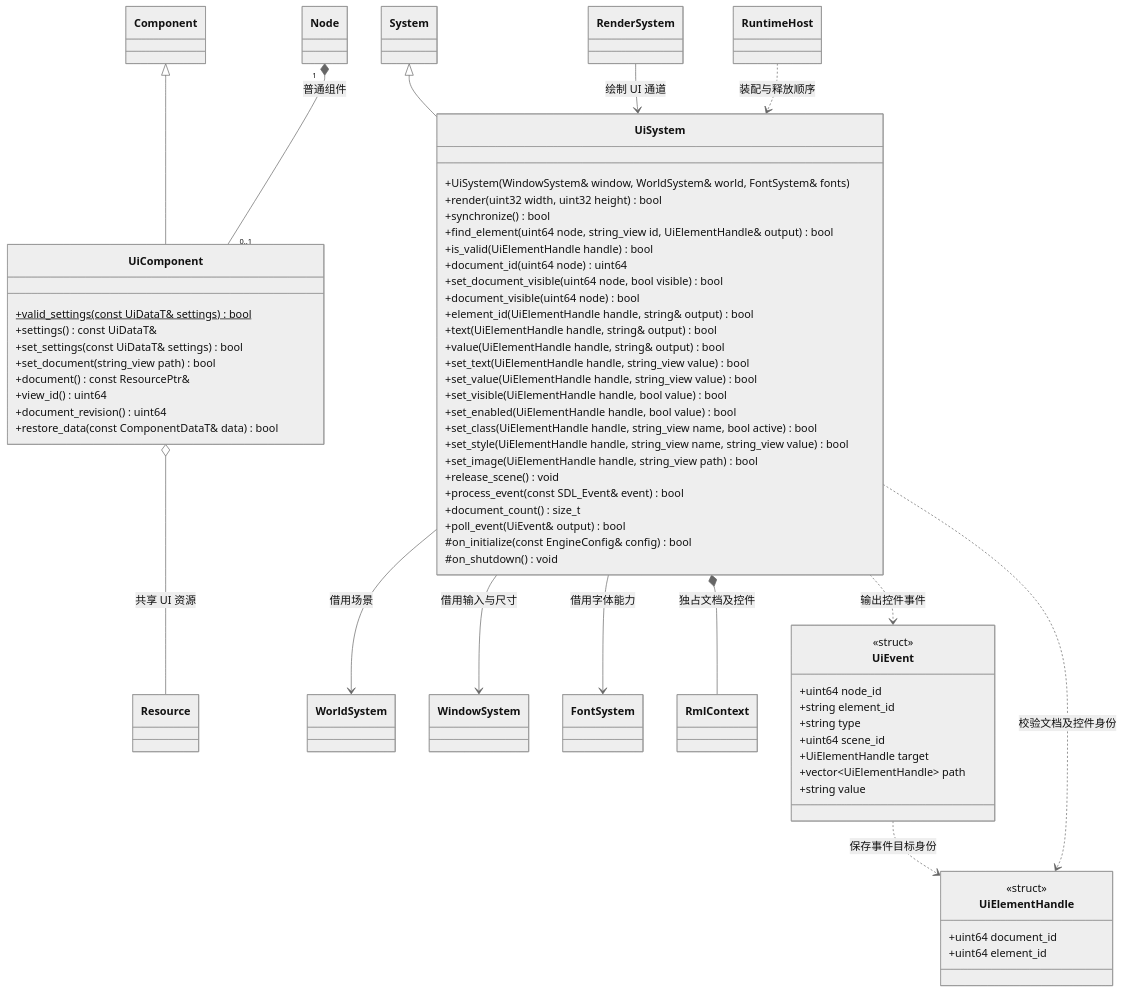
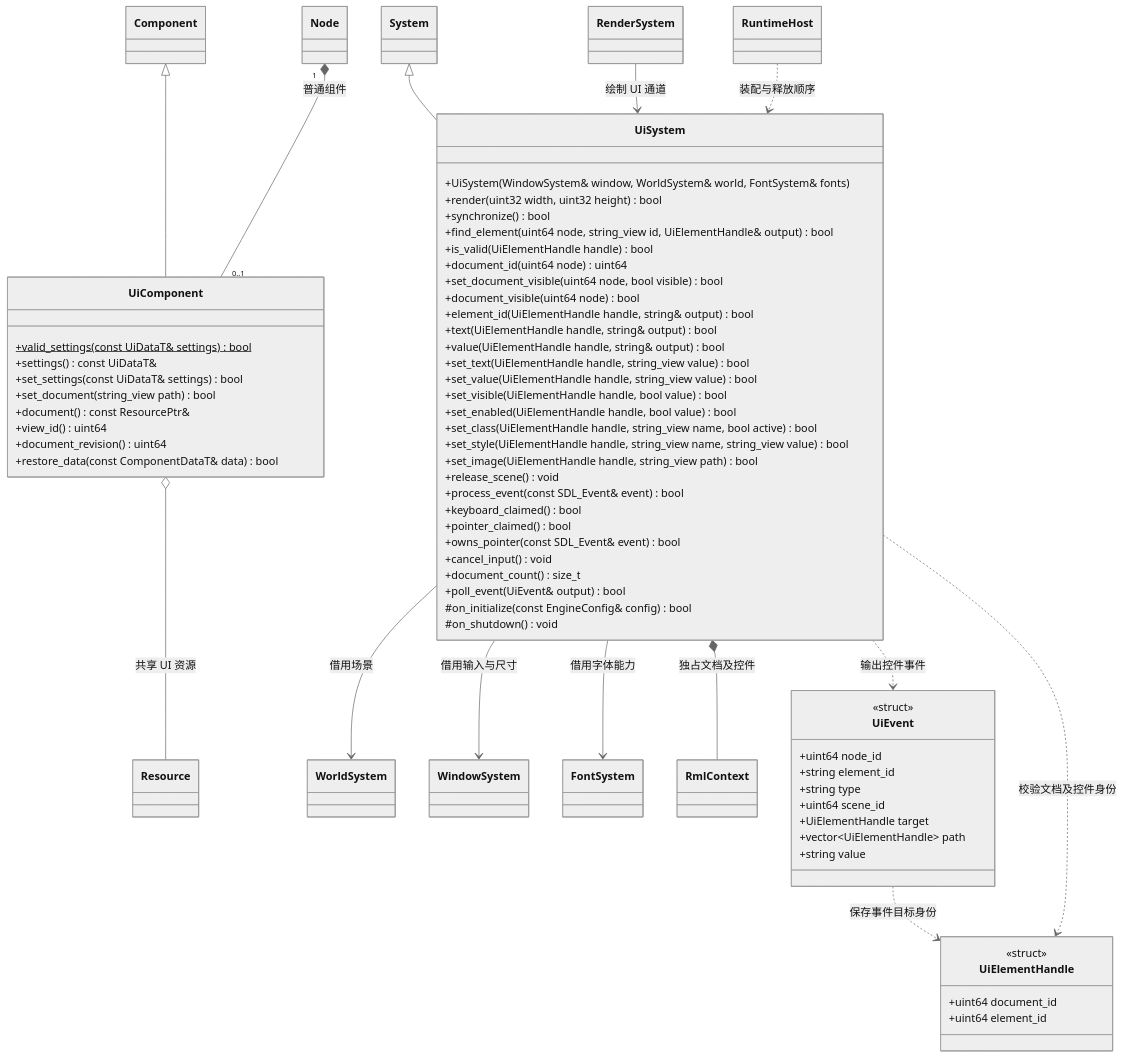
The diagram in docs/runtime/class-diagrams/ui-system.md (lcals/Engine), drawn with Mermaid (neutral theme) before and after one commit. The commit also changed other lines of this file and 64 other files, not shown here.

````diff
--- a/docs/runtime/class-diagrams/ui-system.md
+++ b/docs/runtime/class-diagrams/ui-system.md
@@ -8,67 +8,71 @@
 ```mermaid
 classDiagram
     class UiComponent {
         +valid_settings(const UiDataT& settings)$ bool
         +settings() const UiDataT&
         +set_settings(const UiDataT& settings) bool
         +set_document(string_view path) bool
         +document() const ResourcePtr&
         +view_id() uint64
         +document_revision() uint64
         +restore_data(const ComponentDataT& data) bool
     }
     class UiSystem {
         +UiSystem(WindowSystem& window, WorldSystem& world, FontSystem& fonts)
         +render(uint32 width, uint32 height) bool
         +synchronize() bool
         +find_element(uint64 node, string_view id, UiElementHandle& output) bool
         +is_valid(UiElementHandle handle) bool
         +document_id(uint64 node) uint64
         +set_document_visible(uint64 node, bool visible) bool
         +document_visible(uint64 node) bool
         +element_id(UiElementHandle handle, string& output) bool
         +text(UiElementHandle handle, string& output) bool
         +value(UiElementHandle handle, string& output) bool
         +set_text(UiElementHandle handle, string_view value) bool
         +set_value(UiElementHandle handle, string_view value) bool
         +set_visible(UiElementHandle handle, bool value) bool
         +set_enabled(UiElementHandle handle, bool value) bool
         +set_class(UiElementHandle handle, string_view name, bool active) bool
         +set_style(UiElementHandle handle, string_view name, string_view value) bool
         +set_image(UiElementHandle handle, string_view path) bool
         +release_scene() void
         +process_event(const SDL_Event& event) bool
+        +keyboard_claimed() bool
+        +pointer_claimed() bool
+        +owns_pointer(const SDL_Event& event) bool
+        +cancel_input() void
         +document_count() size_t
         +poll_event(UiEvent& output) bool
         #on_initialize(const EngineConfig& config) bool
         #on_shutdown() void
     }
     class UiEvent {
         <<struct>>
         +uint64 node_id
         +string element_id
         +string type
         +uint64 scene_id
         +UiElementHandle target
         +vector~UiElementHandle~ path
         +string value
     }
     class UiElementHandle {
         <<struct>>
         +uint64 document_id
         +uint64 element_id
     }
     System <|-- UiSystem
     Component <|-- UiComponent
     Node "1" *-- "0..1" UiComponent : 普通组件
     UiComponent o-- Resource : 共享 UI 资源
     UiSystem --> WorldSystem : 借用场景
     UiSystem --> WindowSystem : 借用输入与尺寸
     UiSystem --> FontSystem : 借用字体能力
     UiSystem *-- RmlContext : 独占文档及控件
     UiSystem ..> UiEvent : 输出控件事件
     UiSystem ..> UiElementHandle : 校验文档及控件身份
     UiEvent ..> UiElementHandle : 保存事件目标身份
     RenderSystem --> UiSystem : 绘制 UI 通道
     RuntimeHost ..> UiSystem : 装配与释放顺序
 ```
````
